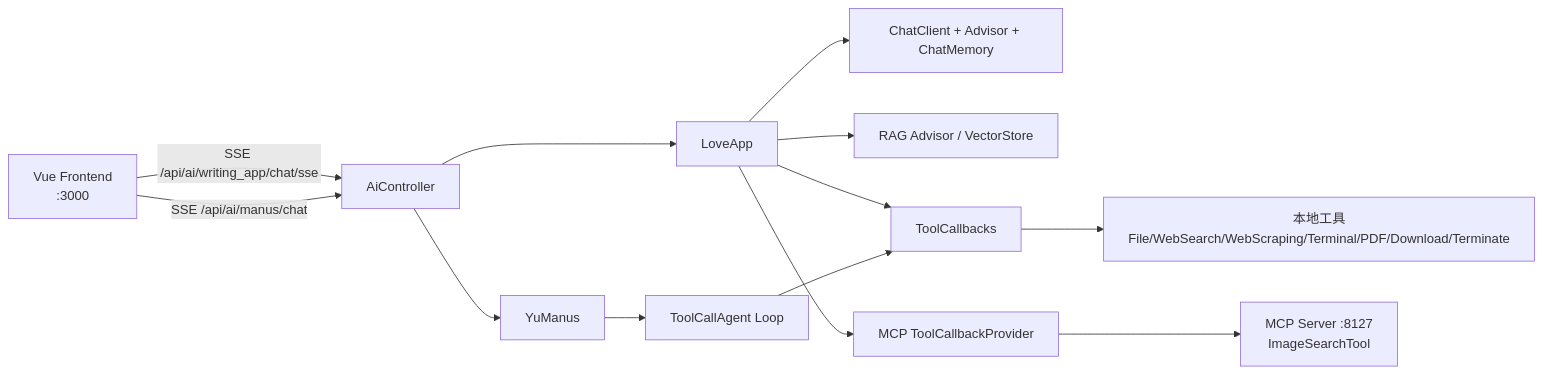
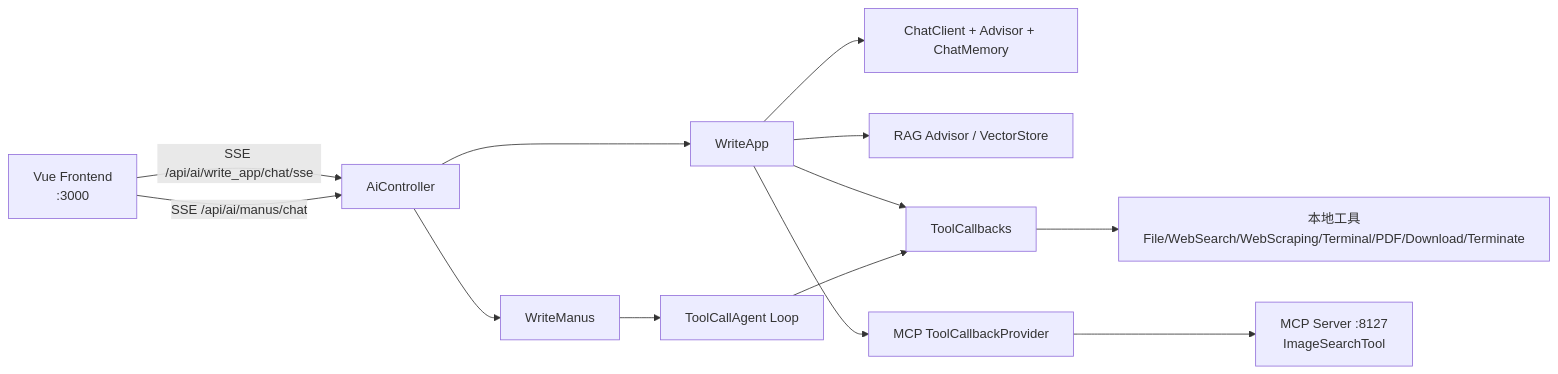
One commit to qingluo201816/AI-agent-application changed the diagram in README.md. Above: the diagram before and after it, drawn with Mermaid. The commit also changed other lines of this file and 96 other files, not shown here.

````diff
--- a/README.md
+++ b/README.md
@@ -147,19 +147,19 @@
 ```mermaid
 flowchart LR
-    A[Vue Frontend<br/>:3000] -->|SSE /api/ai/writing_app/chat/sse| B[AiController]
+    A[Vue Frontend<br/>:3000] -->|SSE /api/ai/write_app/chat/sse| B[AiController]
     A -->|SSE /api/ai/manus/chat| B
 
-    B --> C[LoveApp]
-    B --> D[YuManus]
+    B --> C[WriteApp]
+    B --> D[WriteManus]
 
     C --> E[ChatClient + Advisor + ChatMemory]
     C --> F[RAG Advisor / VectorStore]
     C --> G[ToolCallbacks]
     C --> H[MCP ToolCallbackProvider]
 
     D --> I[ToolCallAgent Loop]
     I --> G
 
     G --> J[本地工具<br/>File/WebSearch/WebScraping/Terminal/PDF/Download/Terminate]
     H --> K[MCP Server :8127<br/>ImageSearchTool]
 ```
````
